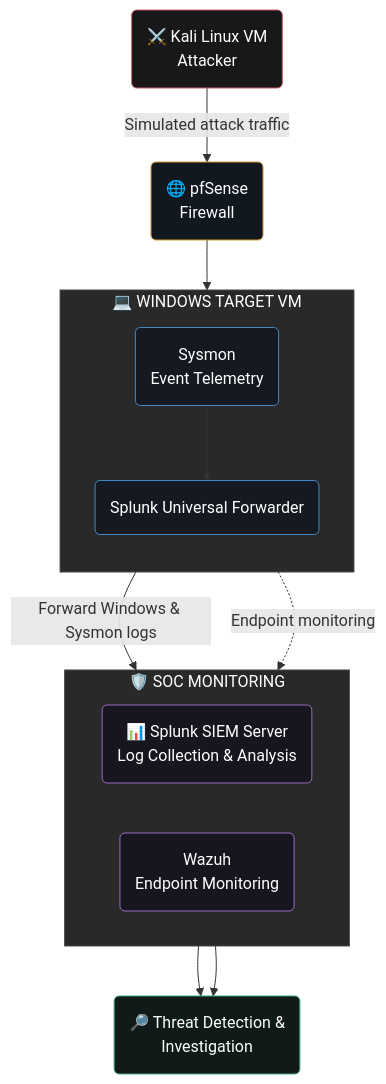
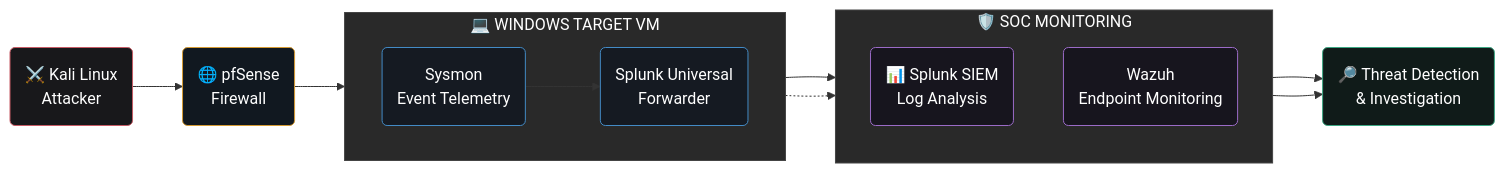
One commit to KAKishore/KAKishore changed the diagram in README.md. Above: the diagram before and after it, drawn with Mermaid. The commit also changed other lines of this file, not shown here.

Commit message:
Refine SOC Home Lab Architecture Diagram

````diff
--- a/README.md
+++ b/README.md
@@ -128,42 +127,42 @@
 ```mermaid
-flowchart TD
-    K("⚔️ Kali Linux VM<br/>Attacker")
+flowchart LR
+    K("⚔️ Kali Linux<br/>Attacker")
     P("🌐 pfSense<br/>Firewall")
 
     subgraph WIN["💻 WINDOWS TARGET VM"]
-        direction TB
+        direction LR
         S("Sysmon<br/>Event Telemetry")
-        U("Splunk Universal Forwarder")
+        U("Splunk Universal<br/>Forwarder")
         S --> U
     end
 
     subgraph SOC["🛡️ SOC MONITORING"]
-        direction LR
-        SI("📊 Splunk SIEM Server<br/>Log Collection & Analysis")
+        direction TB
+        SI("📊 Splunk SIEM<br/>Log Analysis")
         Z("Wazuh<br/>Endpoint Monitoring")
     end
 
-    I("🔎 Threat Detection &<br/>Investigation")
+    I("🔎 Threat Detection<br/>& Investigation")
 
-    K -->|"Simulated attack traffic"| P
+    K --> P
     P --> S
-    U -->|"Forward Windows & Sysmon logs"| SI
-    S -.->|"Endpoint monitoring"| Z
+    U --> SI
+    S -.-> Z
     SI --> I
     Z --> I
 
     classDef attacker fill:#18181B,stroke:#C65B65,color:#FFFFFF,stroke-width:1px
     classDef firewall fill:#111820,stroke:#D59A32,color:#FFFFFF,stroke-width:1px
     classDef endpoint fill:#151A22,stroke:#438BC6,color:#FFFFFF,stroke-width:1px
     classDef monitoring fill:#17151E,stroke:#9B6BC7,color:#FFFFFF,stroke-width:1px
     classDef investigation fill:#101B19,stroke:#3CA783,color:#FFFFFF,stroke-width:1px
 
     class K attacker
     class P firewall
     class S,U endpoint
     class SI,Z monitoring
     class I investigation
 
     style WIN fill:#292929,stroke:#444444,color:#FFFFFF
     style SOC fill:#292929,stroke:#444444,color:#FFFFFF
 ```
````
